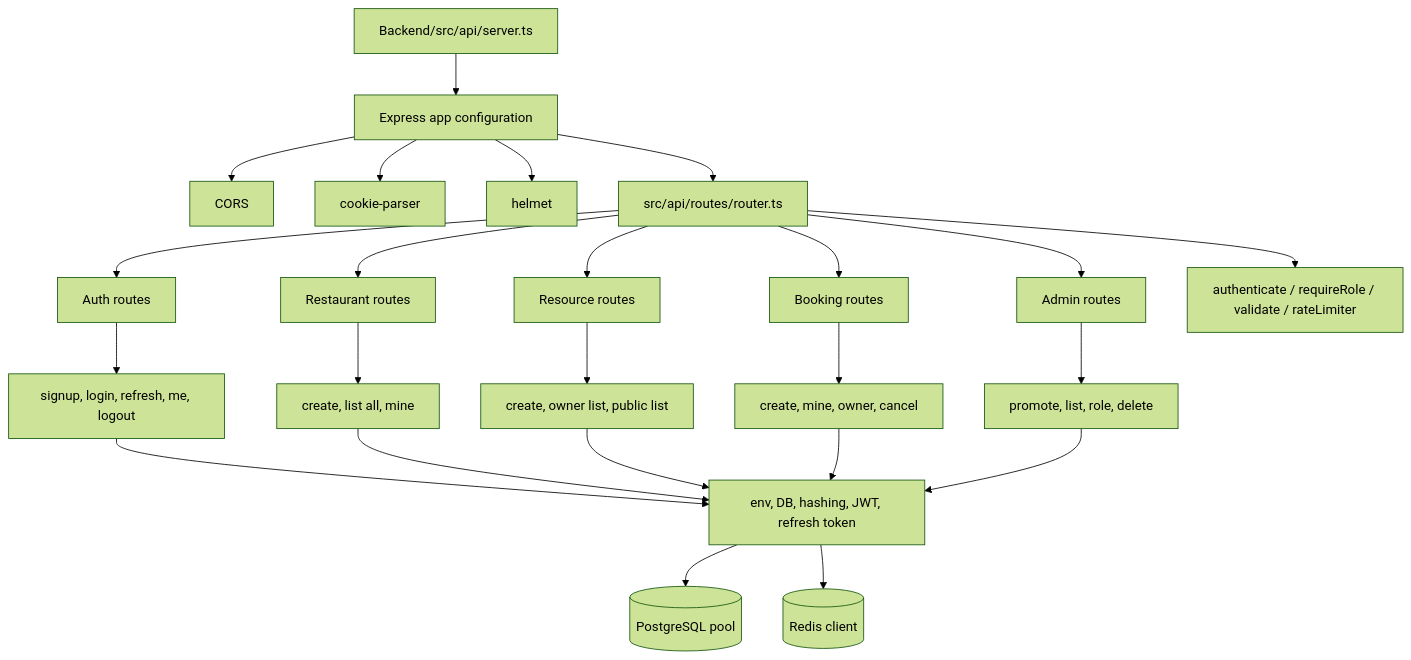
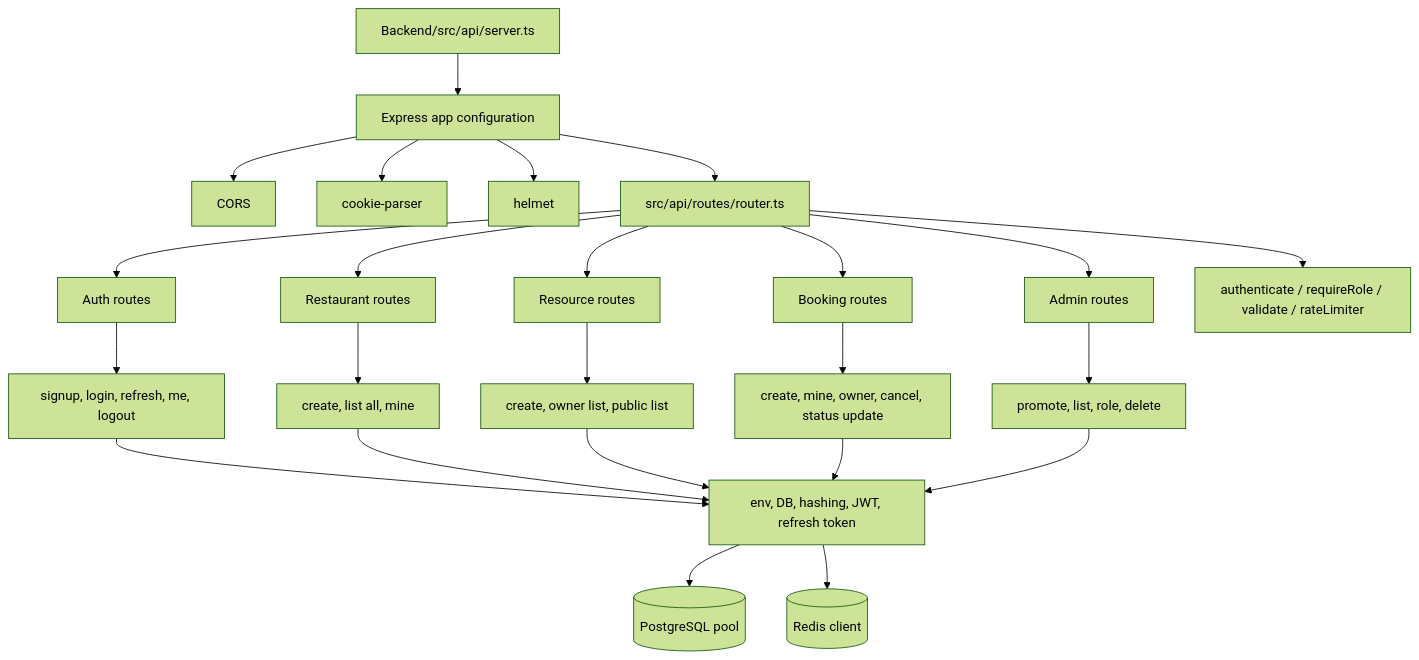
Before and after one commit to ayushisnotalive/DineSlot: the second of 5 diagrams in report.md, drawn with Mermaid (forest theme). The commit also changed other lines of this file and 2 other files, not shown here.

````diff
--- a/report.md
+++ b/report.md
@@ -92,26 +93,26 @@
 ```mermaid
 flowchart TD
     Entry[Backend/src/api/server.ts] --> Global[Express app configuration]
     Global --> CORS[CORS]
     Global --> Cookies[cookie-parser]
     Global --> Helmet[helmet]
     Global --> Router[src/api/routes/router.ts]
     Router --> AuthRoutes[Auth routes]
     Router --> RestaurantRoutes[Restaurant routes]
     Router --> ResourceRoutes[Resource routes]
     Router --> BookingRoutes[Booking routes]
     Router --> AdminRoutes[Admin routes]
     Router --> AuthMW[authenticate / requireRole / validate / rateLimiter]
     AuthRoutes --> AuthModules[signup, login, refresh, me, logout]
     RestaurantRoutes --> RestaurantModules[create, list all, mine]
     ResourceRoutes --> ResourceModules[create, owner list, public list]
-    BookingRoutes --> BookingModules[create, mine, owner, cancel]
+    BookingRoutes --> BookingModules[create, mine, owner, cancel, status update]
     AdminRoutes --> AdminModules[promote, list, role, delete]
     AuthModules --> Infra[env, DB, hashing, JWT, refresh token]
     RestaurantModules --> Infra
     ResourceModules --> Infra
     BookingModules --> Infra
     AdminModules --> Infra
     Infra --> PostgreSQL[(PostgreSQL pool)]
     Infra --> Redis[(Redis client)]
 ```
````
